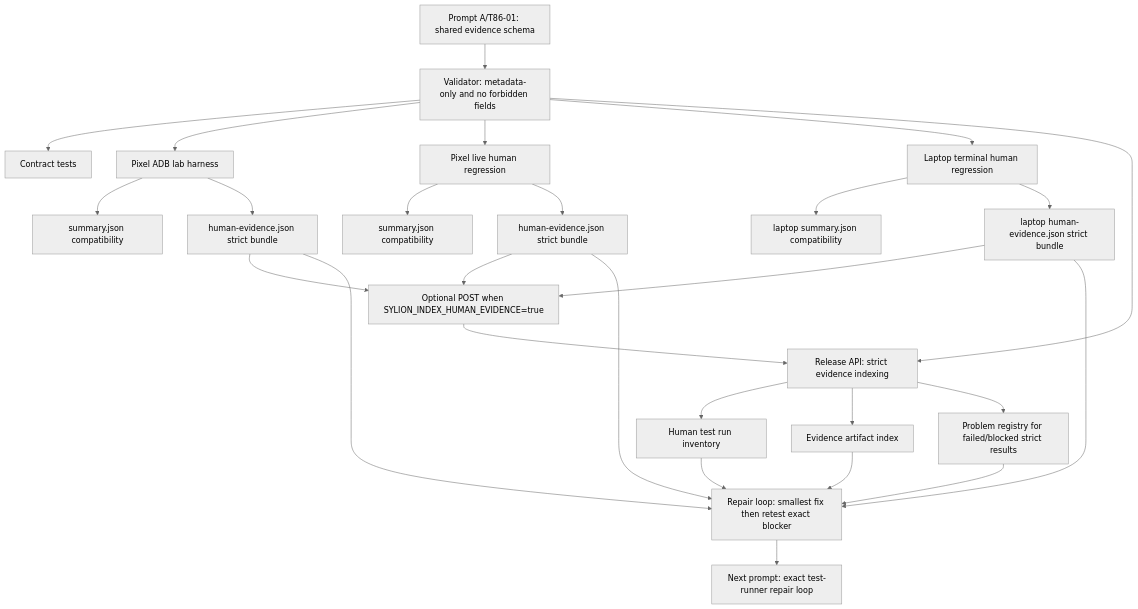
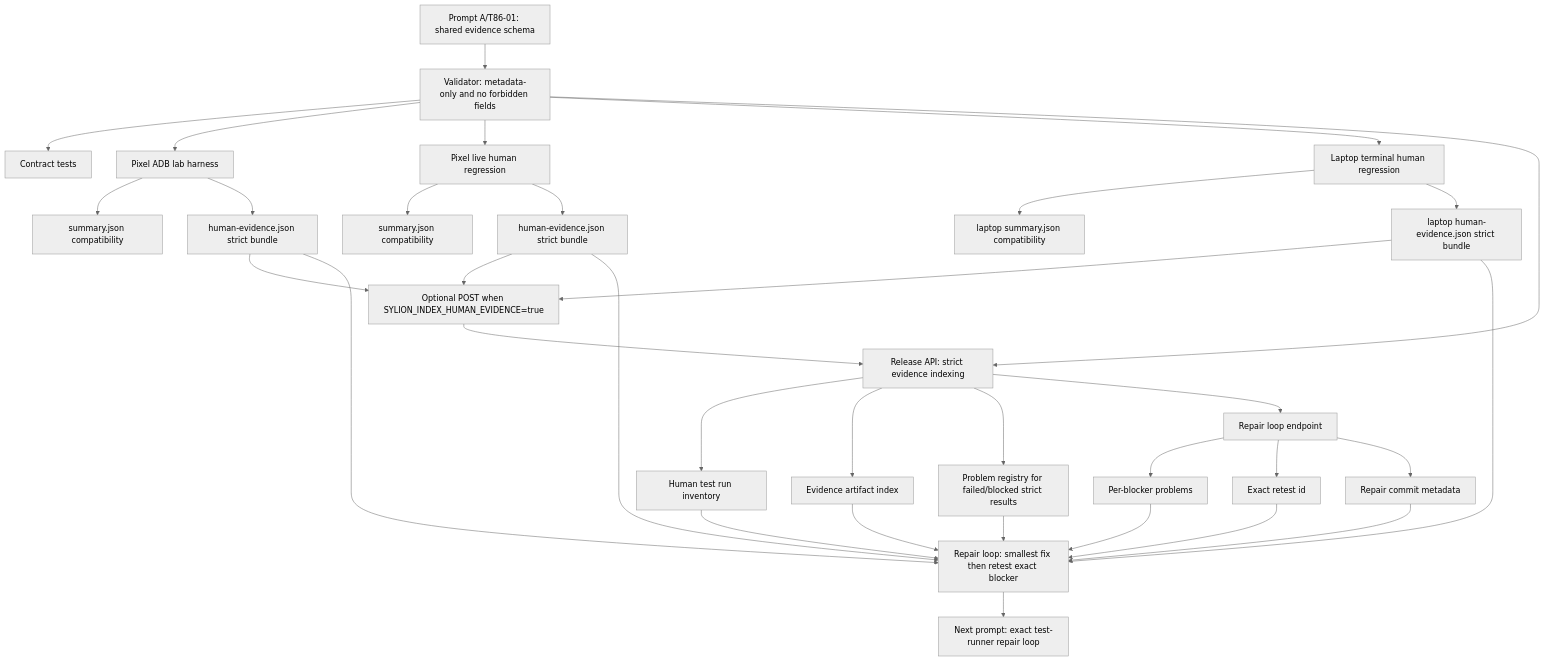
The diagram in docs/admin-panel-v2/120-step3-86-implementation-freeze-human-evidence-contract.md (officemexel-hash/sylion_secure), drawn with Mermaid (neutral theme) before and after one commit. The commit also changed other lines of this file and 6 other files, not shown here.

````diff
--- a/docs/admin-panel-v2/120-step3-86-implementation-freeze-human-evidence-contract.md
+++ b/docs/admin-panel-v2/120-step3-86-implementation-freeze-human-evidence-contract.md
@@ -80,29 +88,36 @@
 ```mermaid
 flowchart TD
   A["Prompt A/T86-01: shared evidence schema"] --> B["Validator: metadata-only and no forbidden fields"]
   B --> C["Contract tests"]
   B --> D["Pixel ADB lab harness"]
   B --> E["Pixel live human regression"]
   B --> Q["Laptop terminal human regression"]
   B --> L["Release API: strict evidence indexing"]
   D --> F["summary.json compatibility"]
   D --> G["human-evidence.json strict bundle"]
   E --> H["summary.json compatibility"]
   E --> I["human-evidence.json strict bundle"]
   Q --> R["laptop summary.json compatibility"]
   Q --> S["laptop human-evidence.json strict bundle"]
   G --> P["Optional POST when SYLION_INDEX_HUMAN_EVIDENCE=true"]
   I --> P
   S --> P
   P --> L
   L --> M["Human test run inventory"]
   L --> N["Evidence artifact index"]
   L --> O["Problem registry for failed/blocked strict results"]
+  L --> T["Repair loop endpoint"]
+  T --> U["Per-blocker problems"]
+  T --> V["Exact retest id"]
+  T --> W["Repair commit metadata"]
   G --> J["Repair loop: smallest fix then retest exact blocker"]
   I --> J
   S --> J
   M --> J
   N --> J
   O --> J
+  U --> J
+  V --> J
+  W --> J
   J --> K["Next prompt: exact test-runner repair loop"]
 ```
````
